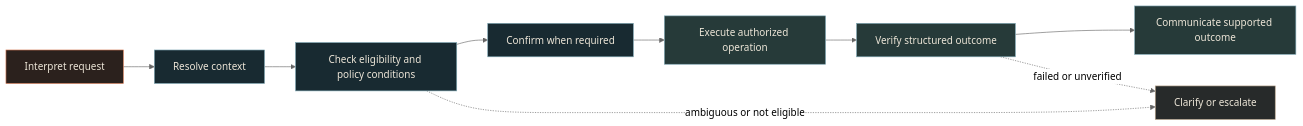
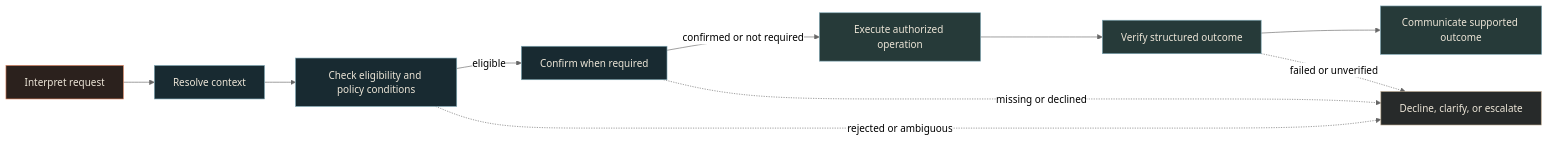
One commit to DavidNavarroSaiz/davidnavarro.github.io changed the diagram in docs/diagrams/policy-governed-agents-sequence.mmd. Above: the diagram before and after it, drawn with Mermaid (neutral theme). The commit also changed 12 other files, not shown here.

```diff
--- a/docs/diagrams/policy-governed-agents-sequence.mmd
+++ b/docs/diagrams/policy-governed-agents-sequence.mmd
@@ -1,21 +1,22 @@
 %% Policy-governed AI agents — editable verified-action sequence
 %% This is a generic request lifecycle, not a private business workflow.
 flowchart LR
     I[Interpret request] --> R[Resolve context]
     R --> C[Check eligibility and policy conditions]
-    C --> Q[Confirm when required]
-    Q --> E[Execute authorized operation]
+    C -->|eligible| Q[Confirm when required]
+    C -. rejected or ambiguous .-> X[Decline, clarify, or escalate]
+    Q -->|confirmed or not required| E[Execute authorized operation]
+    Q -. missing or declined .-> X
     E --> V[Verify structured outcome]
     V --> O[Communicate supported outcome]
-    C -. ambiguous or not eligible .-> X[Clarify or escalate]
     V -. failed or unverified .-> X
 
     classDef interpret fill:#2B211D,stroke:#D67B56,color:#ECE5D7
     classDef control fill:#182A31,stroke:#7FA7B4,color:#ECE5D7
     classDef action fill:#263A39,stroke:#7FA7B4,color:#ECE5D7
     classDef fallback fill:#272A2A,stroke:#B8A58C,color:#ECE5D7
 
     class I interpret
     class R,C,Q control
     class E,V,O action
     class X fallback
```
